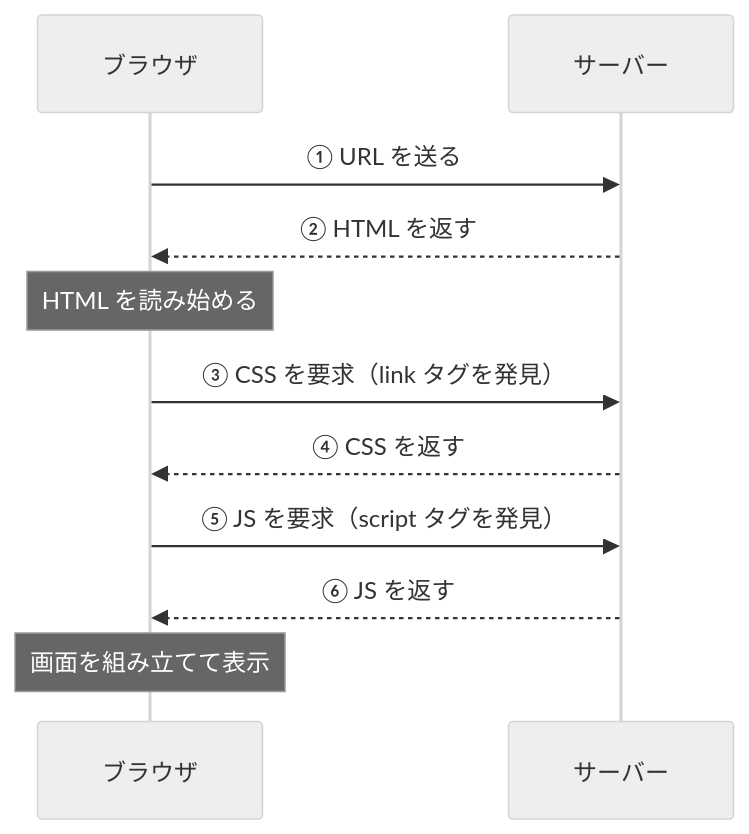
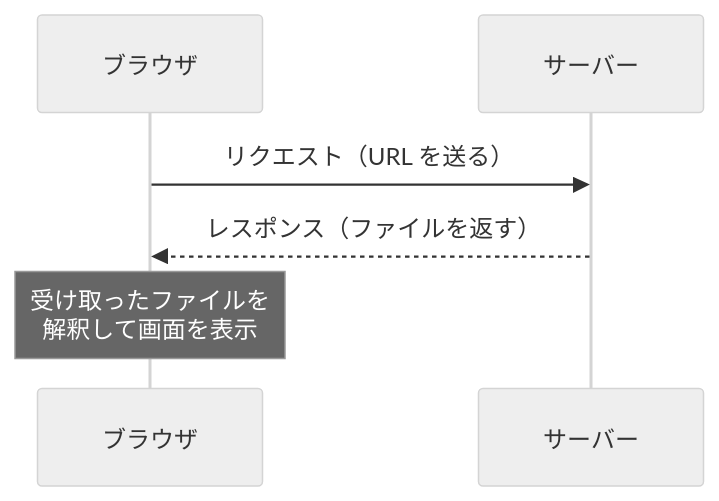
The diagram in docs/lessons/day01/index.md (ozaki25/web-front-training-ozaki25), drawn with Mermaid (neutral theme) before and after one commit. The commit also changed other lines of this file, not shown here.

First line of the commit message:
Day 1: シーケンス図を簡略化し、追加取得の説明を3ファイルセクションに移動

````diff
--- a/docs/lessons/day01/index.md
+++ b/docs/lessons/day01/index.md
@@ -13,13 +13,8 @@
 ```mermaid
 sequenceDiagram
     participant B as ブラウザ
     participant S as サーバー
-    B->>S: ① URL を送る
-    S-->>B: ② HTML を返す
-    Note over B: HTML を読み始める
-    B->>S: ③ CSS を要求（link タグを発見）
-    S-->>B: ④ CSS を返す
-    B->>S: ⑤ JS を要求（script タグを発見）
-    S-->>B: ⑥ JS を返す
-    Note over B: 画面を組み立てて表示
+    B->>S: リクエスト（URL を送る）
+    S-->>B: レスポンス（ファイルを返す）
+    Note over B: 受け取ったファイルを<br/>解釈して画面を表示
 ```
````
